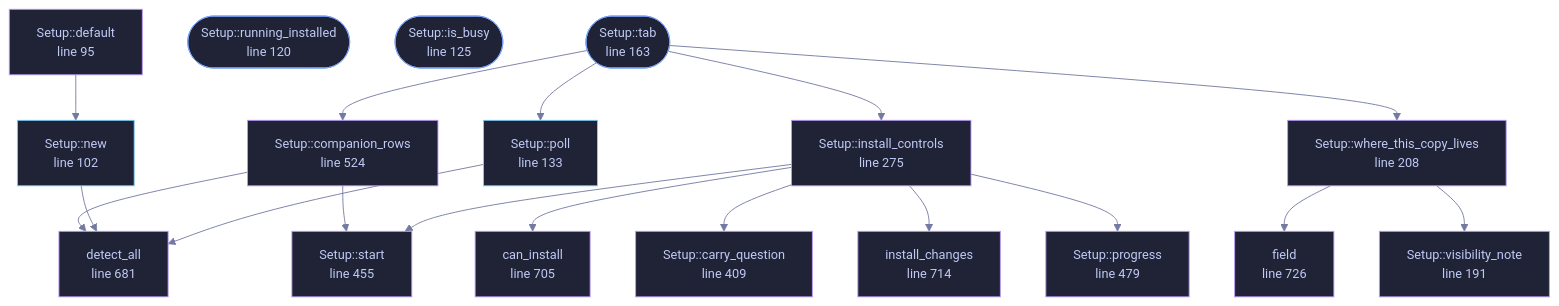
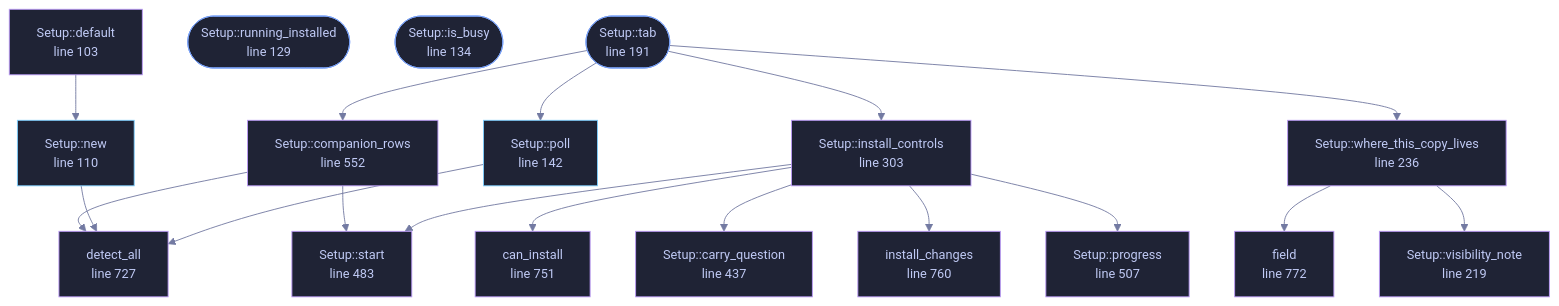
Before and after one commit to tilas01/veilvoice: the diagram in docs/files/veilvoice-gui/setup.md, drawn with Mermaid. The commit also changed other lines of this file and 47 other files, not shown here.

````diff
--- a/docs/files/veilvoice-gui/setup.md
+++ b/docs/files/veilvoice-gui/setup.md
@@ -113,60 +113,60 @@
 ```mermaid
 %%{init: {"theme":"base","themeVariables":{"background":"#1a1b26","primaryColor":"#1f2335","primaryTextColor":"#c0caf5","primaryBorderColor":"#7aa2f7","secondaryColor":"#16161e","tertiaryColor":"#16161e","lineColor":"#737aa2","textColor":"#c0caf5","mainBkg":"#1f2335","nodeBorder":"#7aa2f7","clusterBkg":"#16161e","clusterBorder":"#2f3549","fontFamily":"ui-monospace, SFMono-Regular, Consolas, monospace","fontSize":"14px"}}}%%
 flowchart TD
-    n_default["Setup::default<br/>line 95"]
-    n_new["Setup::new<br/>line 102"]
-    n_running_installed(["Setup::running_installed<br/>line 120"])
-    n_is_busy(["Setup::is_busy<br/>line 125"])
-    n_poll["Setup::poll<br/>line 133"]
-    n_tab(["Setup::tab<br/>line 163"])
-    n_visibility_note["Setup::visibility_note<br/>line 191"]
-    n_where_this_copy_lives["Setup::where_this_copy_lives<br/>line 208"]
-    n_install_controls["Setup::install_controls<br/>line 275"]
-    n_carry_question["Setup::carry_question<br/>line 409"]
-    n_start["Setup::start<br/>line 455"]
-    n_progress["Setup::progress<br/>line 479"]
-    n_companion_rows["Setup::companion_rows<br/>line 524"]
-    n_detect_all["detect_all<br/>line 681"]
-    n_can_install["can_install<br/>line 705"]
-    n_install_changes["install_changes<br/>line 714"]
-    n_field["field<br/>line 726"]
+    n_default["Setup::default<br/>line 103"]
+    n_new["Setup::new<br/>line 110"]
+    n_running_installed(["Setup::running_installed<br/>line 129"])
+    n_is_busy(["Setup::is_busy<br/>line 134"])
+    n_poll["Setup::poll<br/>line 142"]
+    n_tab(["Setup::tab<br/>line 191"])
+    n_visibility_note["Setup::visibility_note<br/>line 219"]
+    n_where_this_copy_lives["Setup::where_this_copy_lives<br/>line 236"]
+    n_install_controls["Setup::install_controls<br/>line 303"]
+    n_carry_question["Setup::carry_question<br/>line 437"]
+    n_start["Setup::start<br/>line 483"]
+    n_progress["Setup::progress<br/>line 507"]
+    n_companion_rows["Setup::companion_rows<br/>line 552"]
+    n_detect_all["detect_all<br/>line 727"]
+    n_can_install["can_install<br/>line 751"]
+    n_install_changes["install_changes<br/>line 760"]
+    n_field["field<br/>line 772"]
     n_companion_rows --> n_detect_all
     n_companion_rows --> n_start
     n_default --> n_new
     n_install_controls --> n_can_install
     n_install_controls --> n_carry_question
     n_install_controls --> n_install_changes
     n_install_controls --> n_progress
     n_install_controls --> n_start
     n_new --> n_detect_all
     n_poll --> n_detect_all
     n_tab --> n_companion_rows
     n_tab --> n_install_controls
     n_tab --> n_poll
     n_tab --> n_where_this_copy_lives
     n_where_this_copy_lives --> n_field
     n_where_this_copy_lives --> n_visibility_note
-    click n_default href "https://github.com/tilas01/veilvoice/blob/main/crates/veilvoice-gui/src/setup.rs#L95" "open the source"
-    click n_new href "https://github.com/tilas01/veilvoice/blob/main/crates/veilvoice-gui/src/setup.rs#L102" "open the source"
-    click n_running_installed href "https://github.com/tilas01/veilvoice/blob/main/crates/veilvoice-gui/src/setup.rs#L120" "open the source"
-    click n_is_busy href "https://github.com/tilas01/veilvoice/blob/main/crates/veilvoice-gui/src/setup.rs#L125" "open the source"
-    click n_poll href "https://github.com/tilas01/veilvoice/blob/main/crates/veilvoice-gui/src/setup.rs#L133" "open the source"
-    click n_tab href "https://github.com/tilas01/veilvoice/blob/main/crates/veilvoice-gui/src/setup.rs#L163" "open the source"
-    click n_visibility_note href "https://github.com/tilas01/veilvoice/blob/main/crates/veilvoice-gui/src/setup.rs#L191" "open the source"
-    click n_where_this_copy_lives href "https://github.com/tilas01/veilvoice/blob/main/crates/veilvoice-gui/src/setup.rs#L208" "open the source"
-    click n_install_controls href "https://github.com/tilas01/veilvoice/blob/main/crates/veilvoice-gui/src/setup.rs#L275" "open the source"
-    click n_carry_question href "https://github.com/tilas01/veilvoice/blob/main/crates/veilvoice-gui/src/setup.rs#L409" "open the source"
-    click n_start href "https://github.com/tilas01/veilvoice/blob/main/crates/veilvoice-gui/src/setup.rs#L455" "open the source"
-    click n_progress href "https://github.com/tilas01/veilvoice/blob/main/crates/veilvoice-gui/src/setup.rs#L479" "open the source"
-    click n_companion_rows href "https://github.com/tilas01/veilvoice/blob/main/crates/veilvoice-gui/src/setup.rs#L524" "open the source"
-    click n_detect_all href "https://github.com/tilas01/veilvoice/blob/main/crates/veilvoice-gui/src/setup.rs#L681" "open the source"
-    click n_can_install href "https://github.com/tilas01/veilvoice/blob/main/crates/veilvoice-gui/src/setup.rs#L705" "open the source"
-    click n_install_changes href "https://github.com/tilas01/veilvoice/blob/main/crates/veilvoice-gui/src/setup.rs#L714" "open the source"
-    click n_field href "https://github.com/tilas01/veilvoice/blob/main/crates/veilvoice-gui/src/setup.rs#L726" "open the source"
+    click n_default href "https://github.com/tilas01/veilvoice/blob/main/crates/veilvoice-gui/src/setup.rs#L103" "open the source"
+    click n_new href "https://github.com/tilas01/veilvoice/blob/main/crates/veilvoice-gui/src/setup.rs#L110" "open the source"
+    click n_running_installed href "https://github.com/tilas01/veilvoice/blob/main/crates/veilvoice-gui/src/setup.rs#L129" "open the source"
+    click n_is_busy href "https://github.com/tilas01/veilvoice/blob/main/crates/veilvoice-gui/src/setup.rs#L134" "open the source"
+    click n_poll href "https://github.com/tilas01/veilvoice/blob/main/crates/veilvoice-gui/src/setup.rs#L142" "open the source"
+    click n_tab href "https://github.com/tilas01/veilvoice/blob/main/crates/veilvoice-gui/src/setup.rs#L191" "open the source"
+    click n_visibility_note href "https://github.com/tilas01/veilvoice/blob/main/crates/veilvoice-gui/src/setup.rs#L219" "open the source"
+    click n_where_this_copy_lives href "https://github.com/tilas01/veilvoice/blob/main/crates/veilvoice-gui/src/setup.rs#L236" "open the source"
+    click n_install_controls href "https://github.com/tilas01/veilvoice/blob/main/crates/veilvoice-gui/src/setup.rs#L303" "open the source"
+    click n_carry_question href "https://github.com/tilas01/veilvoice/blob/main/crates/veilvoice-gui/src/setup.rs#L437" "open the source"
+    click n_start href "https://github.com/tilas01/veilvoice/blob/main/crates/veilvoice-gui/src/setup.rs#L483" "open the source"
+    click n_progress href "https://github.com/tilas01/veilvoice/blob/main/crates/veilvoice-gui/src/setup.rs#L507" "open the source"
+    click n_companion_rows href "https://github.com/tilas01/veilvoice/blob/main/crates/veilvoice-gui/src/setup.rs#L552" "open the source"
+    click n_detect_all href "https://github.com/tilas01/veilvoice/blob/main/crates/veilvoice-gui/src/setup.rs#L727" "open the source"
+    click n_can_install href "https://github.com/tilas01/veilvoice/blob/main/crates/veilvoice-gui/src/setup.rs#L751" "open the source"
+    click n_install_changes href "https://github.com/tilas01/veilvoice/blob/main/crates/veilvoice-gui/src/setup.rs#L760" "open the source"
+    click n_field href "https://github.com/tilas01/veilvoice/blob/main/crates/veilvoice-gui/src/setup.rs#L772" "open the source"
     classDef entry fill:#1f2335,stroke:#7aa2f7,color:#c0caf5
     class n_running_installed,n_is_busy,n_tab entry
     classDef api fill:#1f2335,stroke:#7dcfff,color:#c0caf5
     class n_new,n_poll api
     classDef helper fill:#1f2335,stroke:#bb9af7,color:#c0caf5
     class n_default,n_visibility_note,n_where_this_copy_lives,n_install_controls,n_carry_question,n_start,n_progress,n_companion_rows,n_detect_all,n_can_install,n_install_changes,n_field helper
 ```
````
